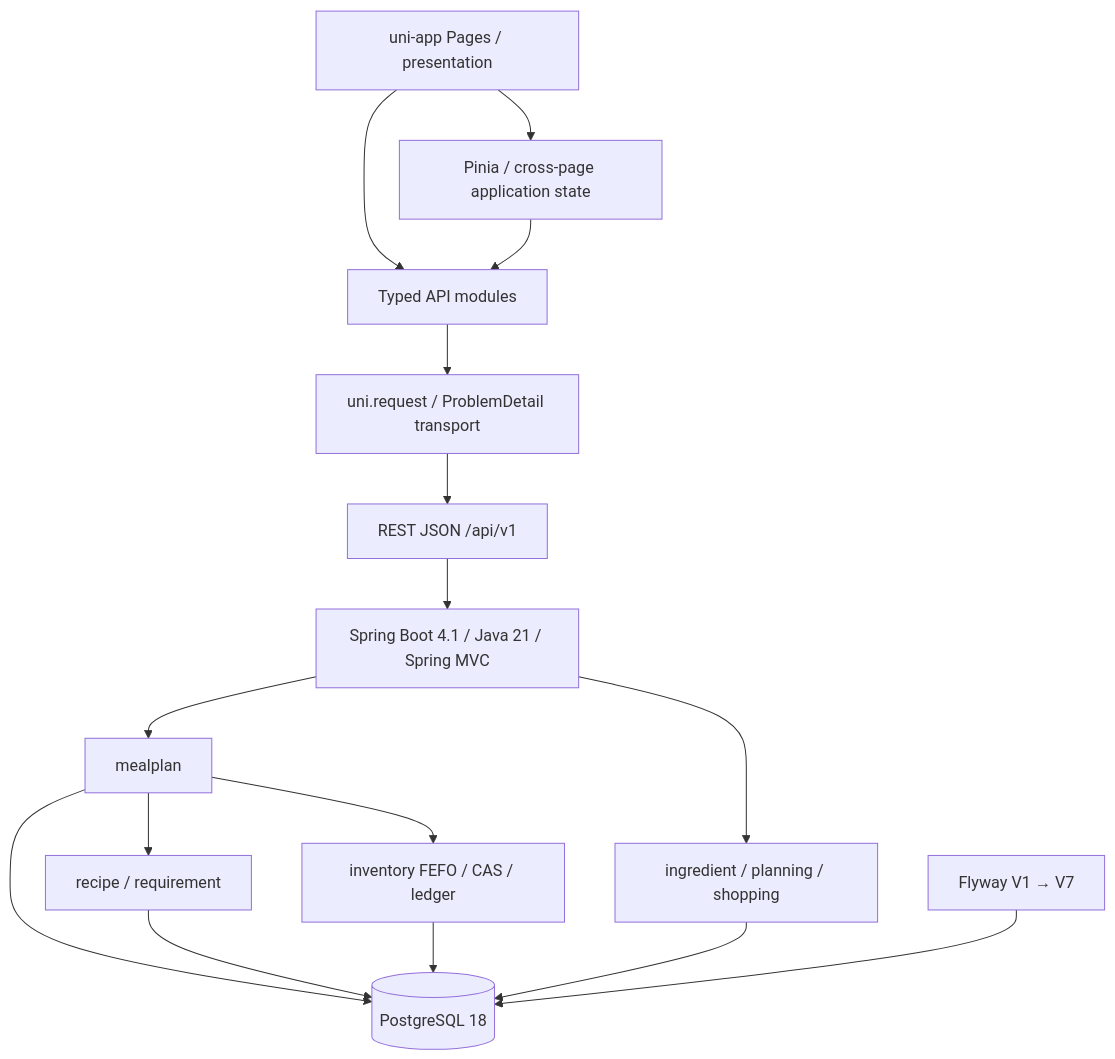
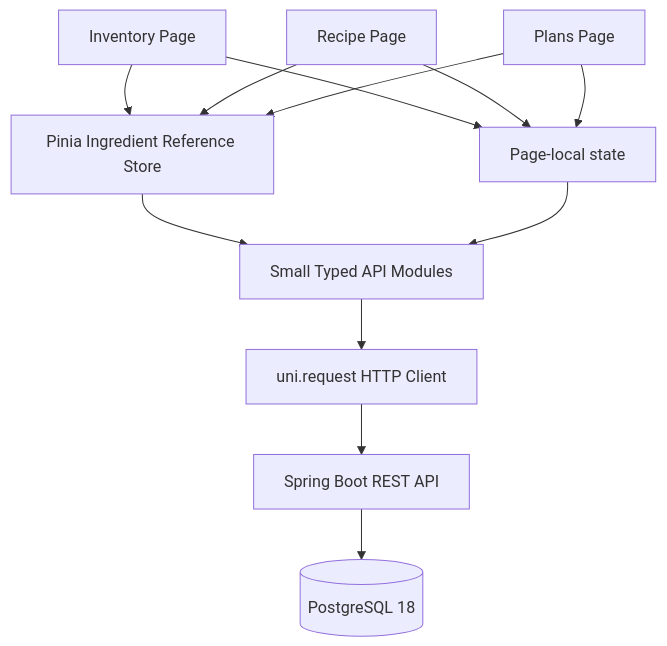
Before and after one commit to xuhangwardell/MealOPS: the diagram in docs/architecture/system-architecture.md, drawn with Mermaid. The commit also changed other lines of this file and 20 other files, not shown here.

````diff
--- a/docs/architecture/system-architecture.md
+++ b/docs/architecture/system-architecture.md
@@ -33,28 +25,21 @@
 ```mermaid
 flowchart TB
-  Pages["uni-app Pages / presentation"]
-  Store["Pinia / cross-page application state"]
-  ApiModule["Typed API modules"]
-  Client["uni.request / ProblemDetail transport"]
-  API["REST JSON /api/v1"]
-  Backend["Spring Boot 4.1 / Java 21 / Spring MVC"]
-  MealPlan["mealplan"]
-  Recipe["recipe / requirement"]
-  Inventory["inventory FEFO / CAS / ledger"]
-  Other["ingredient / planning / shopping"]
+  InventoryPage[Inventory Page]
+  RecipePage[Recipe Page]
+  PlansPage[Plans Page]
+  IngredientStore[Pinia Ingredient Reference Store]
+  PageState[Page-local state]
+  Api[Small Typed API Modules]
+  Http[uni.request HTTP Client]
+  Backend[Spring Boot REST API]
   DB[(PostgreSQL 18)]
-  Flyway["Flyway V1 → V7"]
-  Pages --> Store
-  Pages --> ApiModule
-  Store --> ApiModule
-  ApiModule --> Client --> API --> Backend
-  Backend --> MealPlan
-  MealPlan --> Recipe
-  MealPlan --> Inventory
-  Backend --> Other
-  MealPlan --> DB
-  Recipe --> DB
-  Inventory --> DB
-  Other --> DB
-  Flyway --> DB
+  InventoryPage --> IngredientStore
+  RecipePage --> IngredientStore
+  PlansPage --> IngredientStore
+  InventoryPage --> PageState
+  RecipePage --> PageState
+  PlansPage --> PageState
+  IngredientStore --> Api
+  PageState --> Api
+  Api --> Http --> Backend --> DB
 ```
````
